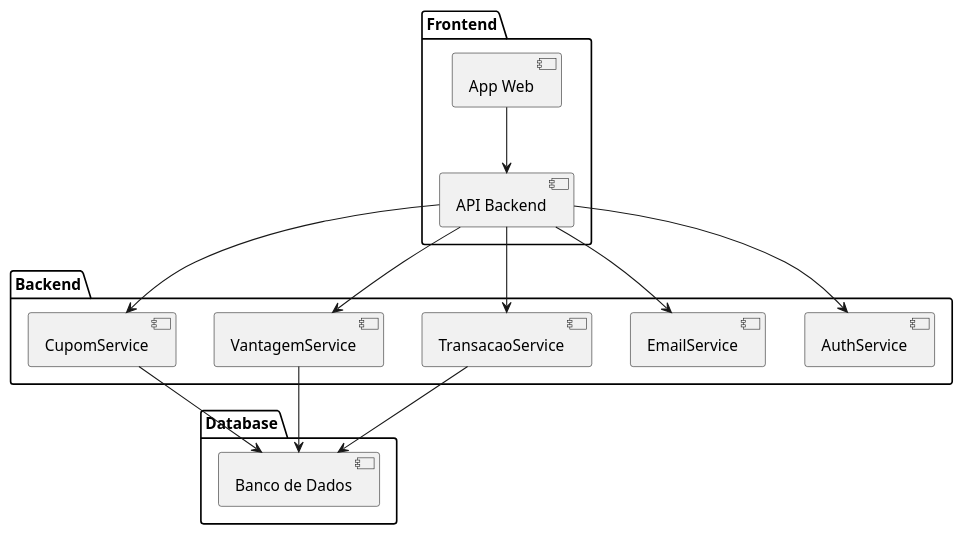
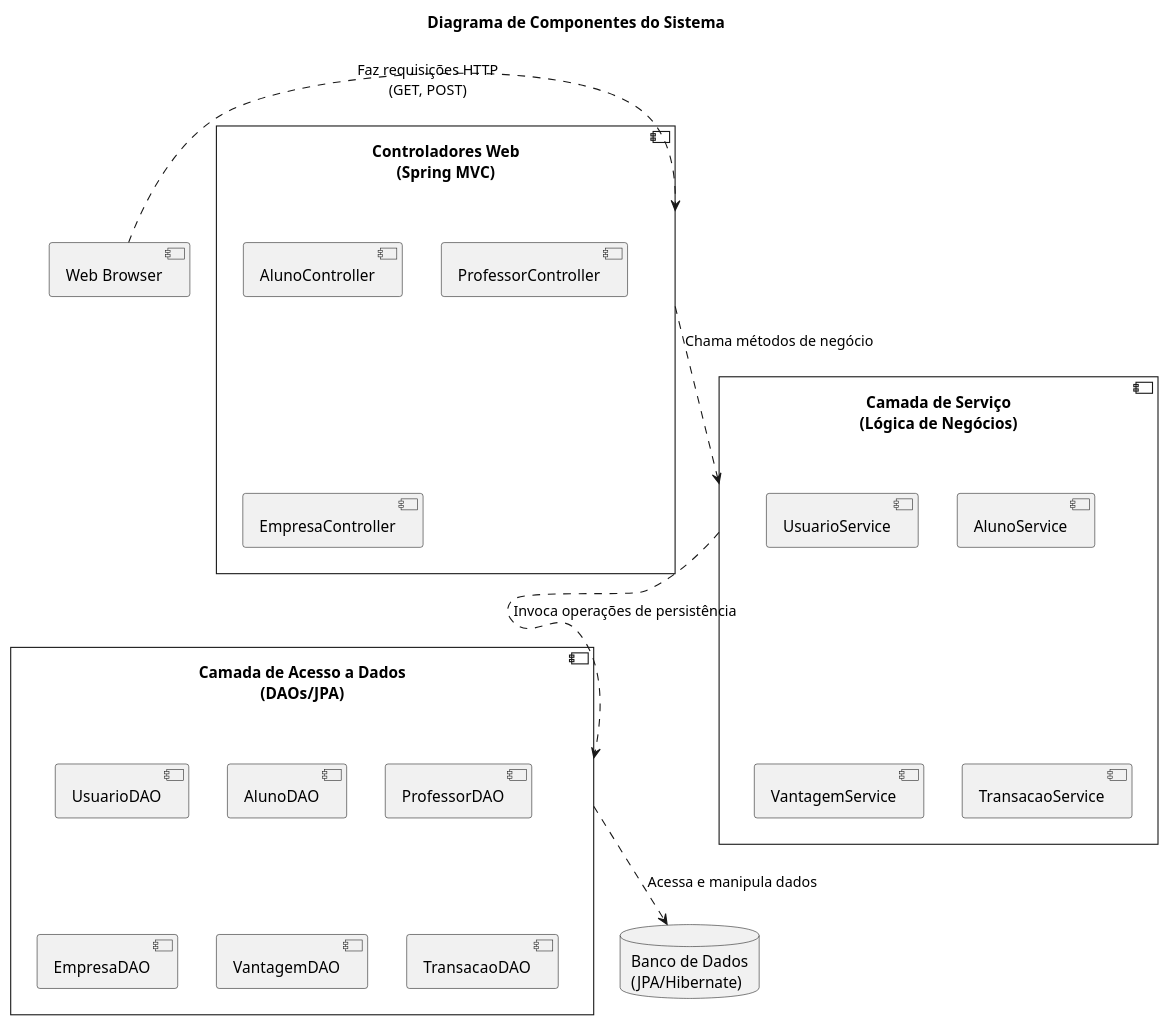
The diagram in Projeto/Componentes/componentes.wsd (renatoctti/Laboratorio03), drawn with PlantUML before and after one commit. The commit also changed 32 other files, not shown here.

Commit message:
Commit atualizacoes dos diagramas

```diff
--- a/Projeto/Componentes/componentes.wsd
+++ b/Projeto/Componentes/componentes.wsd
@@ -1,21 +1,48 @@
 @startuml Diagrama de Componentes
-package "Frontend" {
-  [App Web] --> [API Backend]
+skinparam handwritten false
+skinparam style strictuml
+
+title Diagrama de Componentes do Sistema
+
+' Componentes de interface do usuário
+component "Web Browser" as UI
+
+' Componentes da camada de Apresentação (Controladores)
+component "Controladores Web\n(Spring MVC)" as Controllers {
+    [AlunoController]
+    [ProfessorController]
+    [EmpresaController]
 }
 
-package "Backend" {
-  [API Backend] --> [AuthService]
-  [API Backend] --> [EmailService]
-  [API Backend] --> [TransacaoService]
-  [API Backend] --> [VantagemService]
-  [API Backend] --> [CupomService]
+' Componentes da camada de Lógica de Negócios (Serviços)
+component "Camada de Serviço\n(Lógica de Negócios)" as Services {
+    [UsuarioService]
+    [AlunoService]
+    [VantagemService]
+    [TransacaoService]
 }
 
-package "Database" {
-  [Banco de Dados]
+' Componentes da camada de Acesso a Dados (DAOs/Repositórios)
+component "Camada de Acesso a Dados\n(DAOs/JPA)" as DAOs {
+    [UsuarioDAO]
+    [AlunoDAO]
+    [ProfessorDAO]
+    [EmpresaDAO]
+    [VantagemDAO]
+    [TransacaoDAO]
 }
 
-[TransacaoService] --> [Banco de Dados]
-[VantagemService] --> [Banco de Dados]
-[CupomService] --> [Banco de Dados]
+' Componente de Banco de Dados
+database "Banco de Dados\n(JPA/Hibernate)" as Database
+
+' Relacionamentos entre os componentes
+
+UI .right.> Controllers : Faz requisições HTTP\n(GET, POST)
+
+Controllers .down.> Services : Chama métodos de negócio
+
+Services .down.> DAOs : Invoca operações de persistência
+
+DAOs .down.> Database : Acessa e manipula dados
+
 @enduml
```
